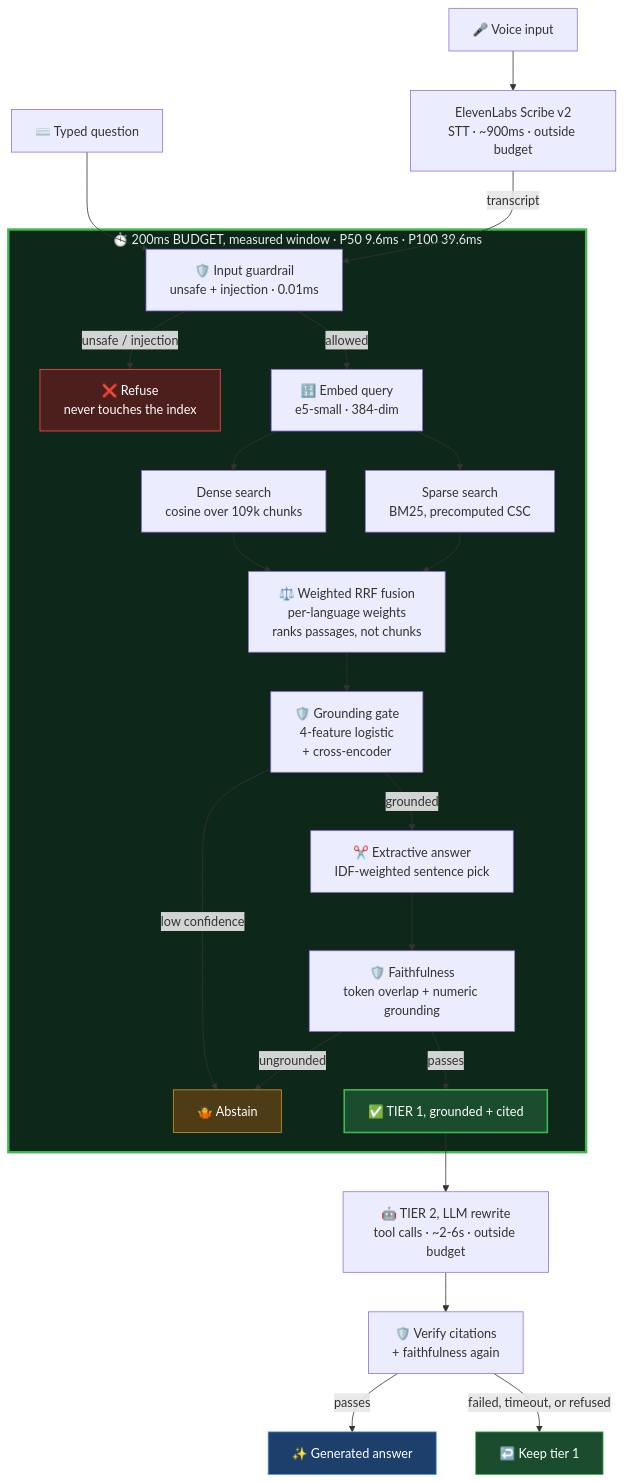
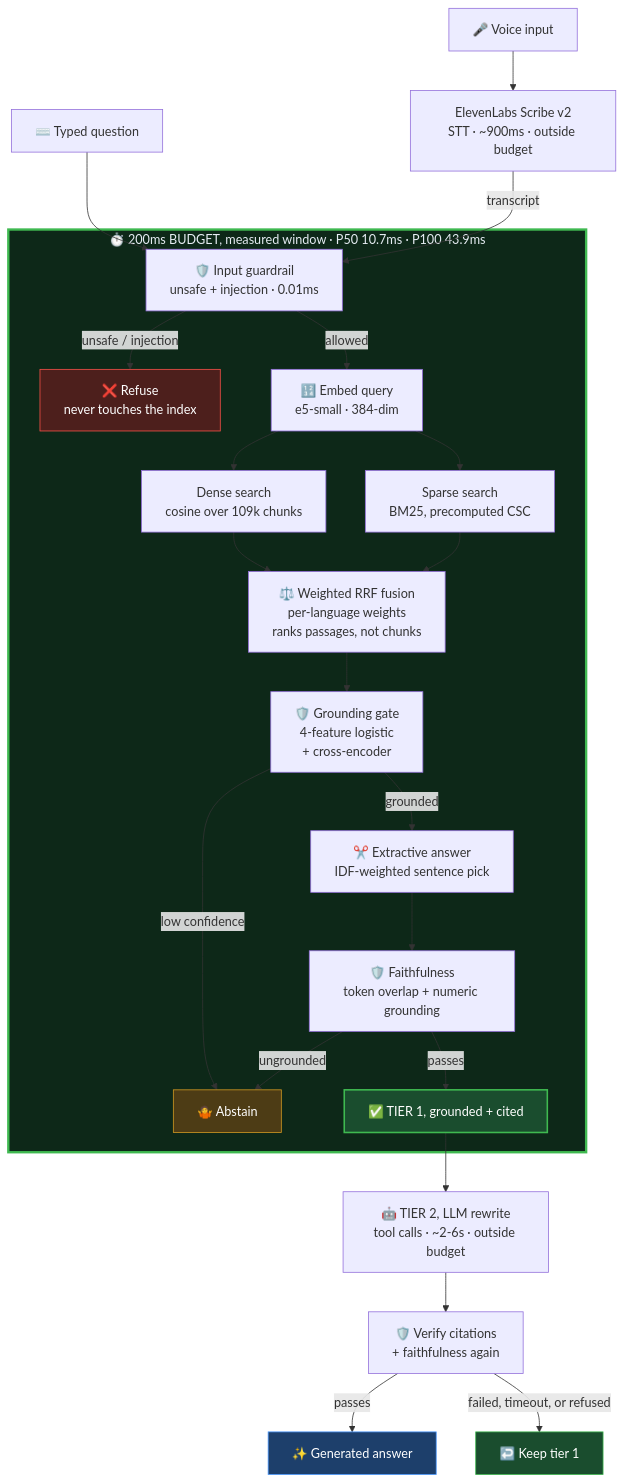
One commit to Arav-Arun/HHgoa-Voice-RAG changed the first of 6 diagrams in README.md. Above: the diagram before and after it, drawn with Mermaid. The commit also changed other lines of this file and 5 other files, not shown here.

````diff
--- a/README.md
+++ b/README.md
@@ -48,34 +48,34 @@
 ```mermaid
 flowchart TD
     MIC["🎤 Voice input"] --> STT["ElevenLabs Scribe v2<br/>STT · ~900ms · outside budget"]
     TXT["⌨️ Typed question"] --> G1
     STT -->|transcript| G1
 
-    subgraph BUDGET["⏱️ 200ms BUDGET, measured window · P50 9.6ms · P100 39.6ms"]
+    subgraph BUDGET["⏱️ 200ms BUDGET, measured window · P50 10.7ms · P100 43.9ms"]
         G1["🛡️ Input guardrail<br/>unsafe + injection · 0.01ms"]
         G1 -->|"unsafe / injection"| REFUSE["❌ Refuse<br/>never touches the index"]
         G1 -->|allowed| EMB["🔢 Embed query<br/>e5-small · 384-dim"]
         EMB --> DENSE["Dense search<br/>cosine over 109k chunks"]
         EMB --> SPARSE["Sparse search<br/>BM25, precomputed CSC"]
         DENSE --> RRF["⚖️ Weighted RRF fusion<br/>per-language weights<br/>ranks passages, not chunks"]
         SPARSE --> RRF
         RRF --> G2["🛡️ Grounding gate<br/>4-feature logistic<br/>+ cross-encoder"]
         G2 -->|"low confidence"| ABSTAIN["🤷 Abstain"]
         G2 -->|grounded| EXT["✂️ Extractive answer<br/>IDF-weighted sentence pick"]
         EXT --> G3["🛡️ Faithfulness<br/>token overlap + numeric grounding"]
         G3 -->|ungrounded| ABSTAIN
         G3 -->|passes| FAST["✅ TIER 1, grounded + cited"]
     end
 
     FAST --> LLM["🤖 TIER 2, LLM rewrite<br/>tool calls · ~2-6s · outside budget"]
     LLM --> G4["🛡️ Verify citations<br/>+ faithfulness again"]
     G4 -->|passes| FINAL["✨ Generated answer"]
     G4 -->|"failed, timeout, or refused"| KEEP["↩️ Keep tier 1"]
 
     style BUDGET fill:#0d2818,stroke:#3fb950,stroke-width:3px,color:#e6edf3
     style FAST fill:#1a4d2e,stroke:#3fb950,stroke-width:2px,color:#ffffff
     style FINAL fill:#1d3f6b,stroke:#4c9aff,color:#ffffff
     style KEEP fill:#1a4d2e,stroke:#3fb950,color:#ffffff
     style REFUSE fill:#4d1f1c,stroke:#f85149,color:#ffffff
     style ABSTAIN fill:#4d3c15,stroke:#d29922,color:#ffffff
 ```
````
